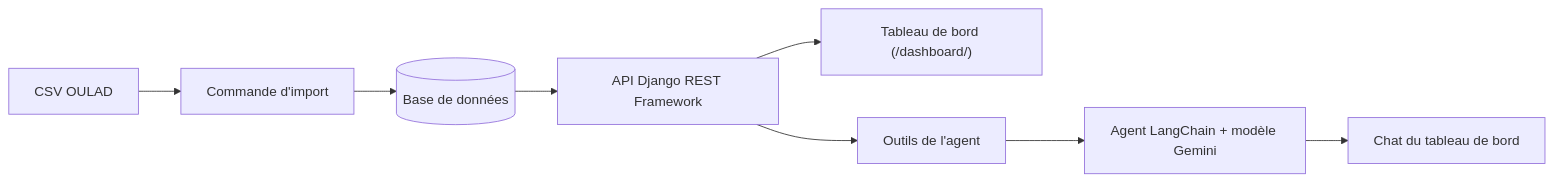
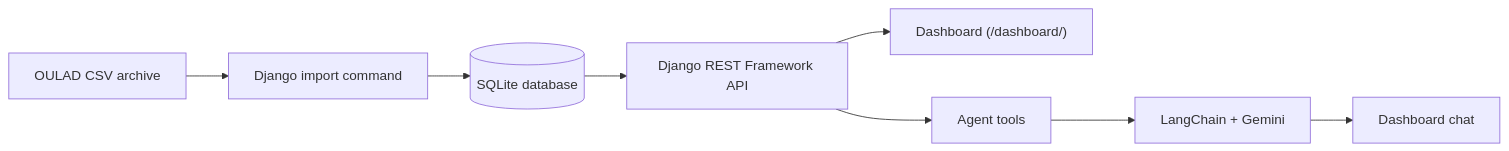
Before and after one commit to RosAI-27/OULA-DjangoProject: the diagram in docs/api-dashboard-agent.md, drawn with Mermaid. The commit also changed other lines of this file, not shown here.

Commit message:
docs: translate API dashboard and agent guide

````diff
--- a/docs/api-dashboard-agent.md
+++ b/docs/api-dashboard-agent.md
@@ -8,10 +7,10 @@
 ```mermaid
 flowchart LR
-  CSV["CSV OULAD"] --> IMPORT["Commande d'import"]
-  IMPORT --> DB[("Base de données")]
-  DB --> API["API Django REST Framework"]
-  API --> DASH["Tableau de bord (/dashboard/)"]
-  API --> TOOLS["Outils de l'agent"]
-  TOOLS --> AGENT["Agent LangChain + modèle Gemini"]
-  AGENT --> CHAT["Chat du tableau de bord"]
+  CSV["OULAD CSV archive"] --> IMPORT["Django import command"]
+  IMPORT --> DB[("SQLite database")]
+  DB --> API["Django REST Framework API"]
+  API --> DASH["Dashboard (/dashboard/)"]
+  API --> TOOLS["Agent tools"]
+  TOOLS --> AGENT["LangChain + Gemini"]
+  AGENT --> CHAT["Dashboard chat"]
 ```
````
